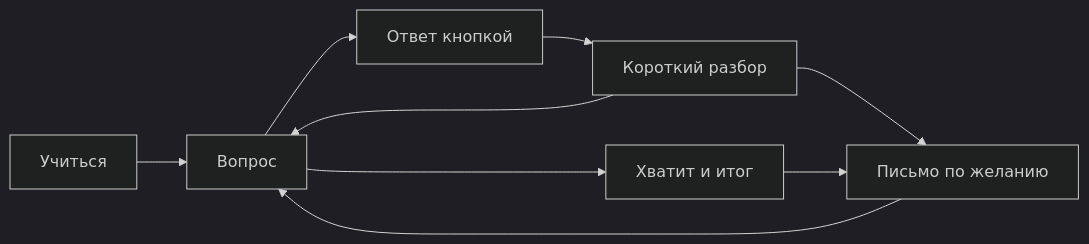
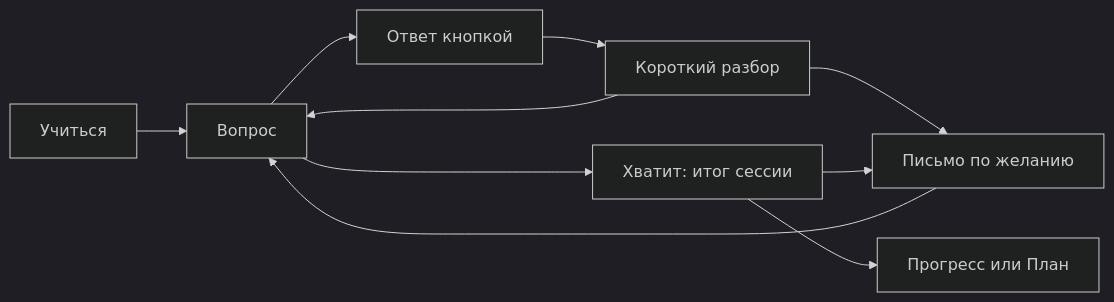
The diagram in docs/user-guide.md (eiler2005/FluentLoop), drawn with Mermaid (dark theme) before and after one commit. The commit also changed other lines of this file and 6 other files, not shown here.

````diff
--- a/docs/user-guide.md
+++ b/docs/user-guide.md
@@ -22,11 +25,12 @@
 ```mermaid
 flowchart LR
     A[Учиться] --> B[Вопрос]
     B --> C[Ответ кнопкой]
     C --> D[Короткий разбор]
     D --> B
     D --> F[Письмо по желанию]
     F --> B
-    B --> E[Хватит и итог]
+    B --> E[Хватит: итог сессии]
+    E --> G[Прогресс или План]
     E --> F
 ```
````
